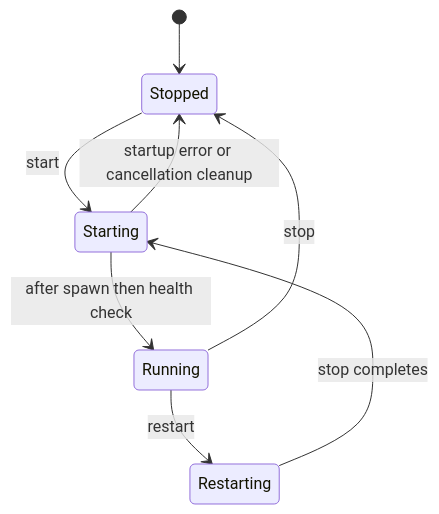
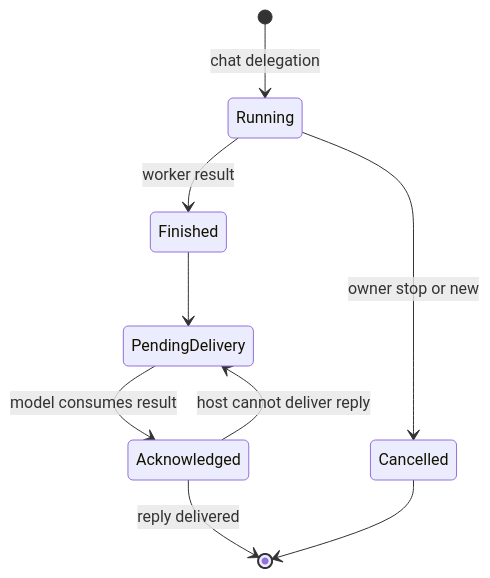
The third of 3 diagrams in openwiki/testing/testing-guide.md (langchain-ai/deepagents), drawn with Mermaid before and after one commit. The commit also changed other lines of this file and 46 other files, not shown here.

````diff
--- a/openwiki/testing/testing-guide.md
+++ b/openwiki/testing/testing-guide.md
@@ -58,10 +143,11 @@
 ```mermaid
 stateDiagram-v2
-    [*] --> Stopped
-    Stopped --> Starting: start
-    Starting --> Running: after spawn then health check
-    Starting --> Stopped: startup error or cancellation cleanup
-    Running --> Restarting: restart
-    Restarting --> Starting: stop completes
-    Running --> Stopped: stop
+    [*] --> Running: chat delegation
+    Running --> Finished: worker result
+    Running --> Cancelled: owner stop or new
+    Finished --> PendingDelivery
+    PendingDelivery --> Acknowledged: model consumes result
+    Acknowledged --> PendingDelivery: host cannot deliver reply
+    Acknowledged --> [*]: reply delivered
+    Cancelled --> [*]
 ```
````
